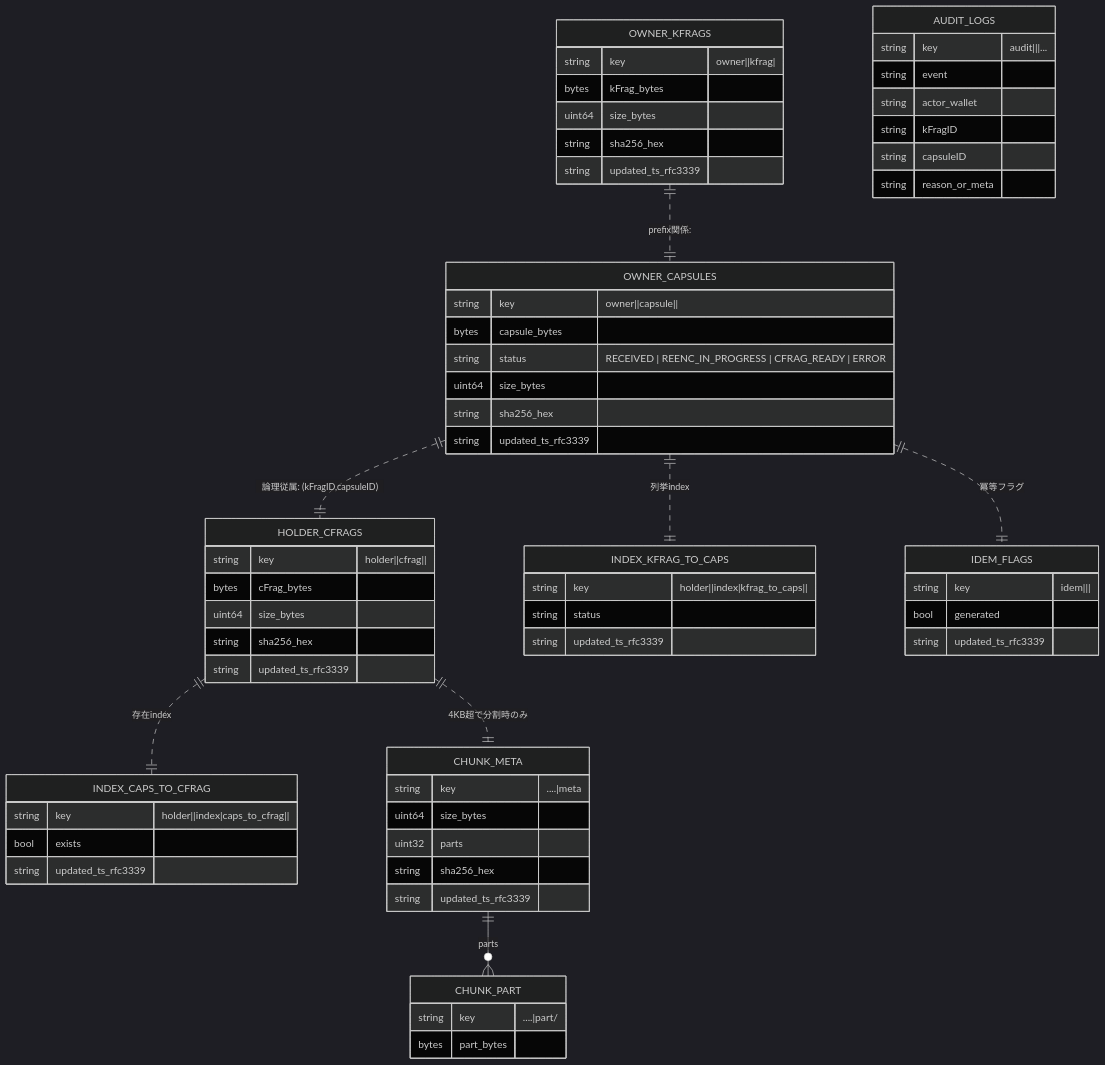
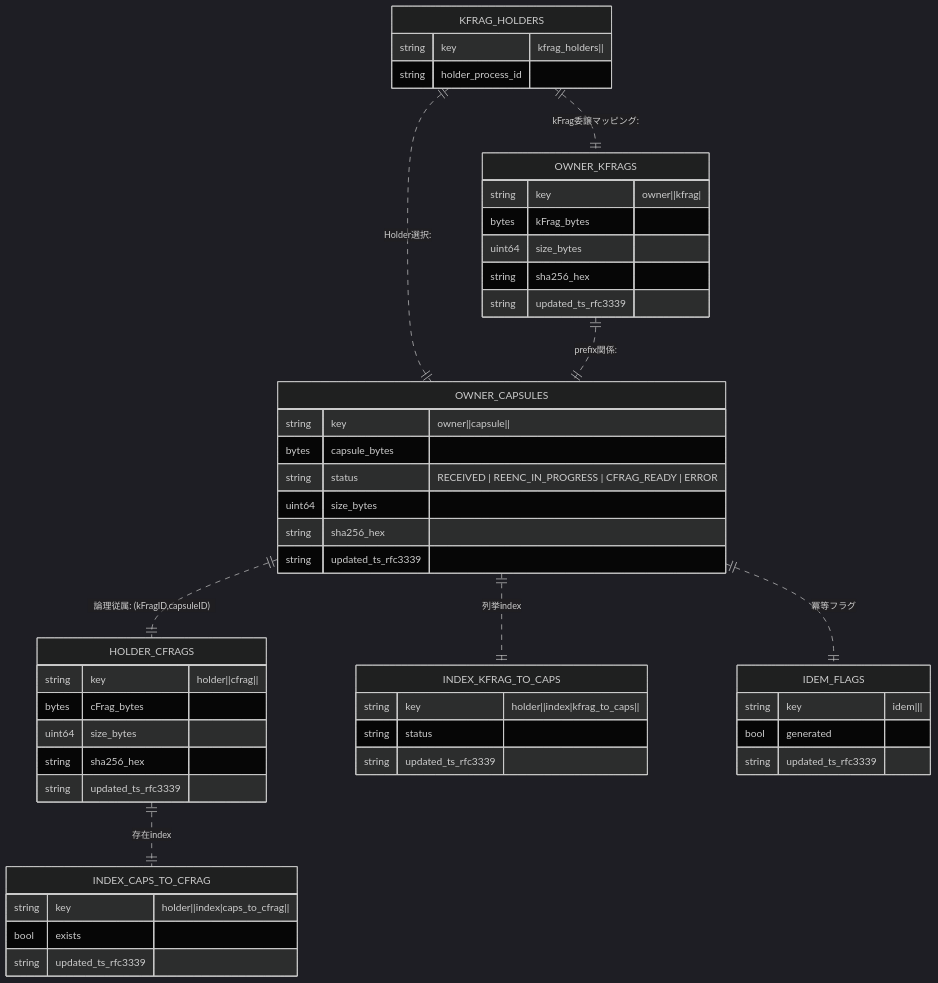
The first of 2 diagrams in deploy/contracts/docs/state/contract-state-spec.md (shodaimomiyama/D-TPRES), drawn with Mermaid (dark theme) before and after one commit. The commit also changed other lines of this file, not shown here.

````diff
--- a/deploy/contracts/docs/state/contract-state-spec.md
+++ b/deploy/contracts/docs/state/contract-state-spec.md
@@ -210,67 +331,52 @@
 ```mermaid
 erDiagram
+    KFRAG_HOLDERS {
+      string key "kfrag_holders|<process.id>|<kFragID>"
+      string holder_process_id
+    }
     OWNER_KFRAGS {
       string key "owner|<process.id>|kfrag|<kFragID>"
       bytes  kFrag_bytes
       uint64 size_bytes
       string sha256_hex
       string updated_ts_rfc3339
     }
     OWNER_CAPSULES {
       string key "owner|<process.id>|capsule|<kFragID>|<capsuleID>"
       bytes  capsule_bytes
       string status "RECEIVED | REENC_IN_PROGRESS | CFRAG_READY | ERROR"
       uint64 size_bytes
       string sha256_hex
       string updated_ts_rfc3339
     }
     HOLDER_CFRAGS {
       string key "holder|<process.id>|cfrag|<kFragID>|<capsuleID>"
       bytes  cFrag_bytes
       uint64 size_bytes
       string sha256_hex
       string updated_ts_rfc3339
     }
     INDEX_KFRAG_TO_CAPS {
       string key "holder|<process.id>|index|kfrag_to_caps|<kFragID>|<capsuleID>"
       string status
       string updated_ts_rfc3339
     }
     INDEX_CAPS_TO_CFRAG {
       string key "holder|<process.id>|index|caps_to_cfrag|<kFragID>|<capsuleID>"
       bool   exists
       string updated_ts_rfc3339
     }
     IDEM_FLAGS {
       string key "idem|<process.id>|<kFragID>|<capsuleID>"
       bool   generated
       string updated_ts_rfc3339
     }
-    AUDIT_LOGS {
-      string key "audit|<ext_ts>|<EVENT>|..."
-      string event
-      string actor_wallet
-      string kFragID
-      string capsuleID
-      string reason_or_meta
-    }
-    CHUNK_META {
-      string key "....|meta"
-      uint64 size_bytes
-      uint32 parts
-      string sha256_hex
-      string updated_ts_rfc3339
-    }
-    CHUNK_PART {
-      string key "....|part/<i>"
-      bytes  part_bytes
-    }
 
+    KFRAG_HOLDERS ||..|| OWNER_KFRAGS : "kFrag委譲マッピング: <kFragID>"
+    KFRAG_HOLDERS ||..|| OWNER_CAPSULES : "Holder選択: <kFragID>"
     OWNER_KFRAGS ||..|| OWNER_CAPSULES : "prefix関係: <kFragID>"
     OWNER_CAPSULES ||..|| HOLDER_CFRAGS : "論理従属: (kFragID,capsuleID)"
     OWNER_CAPSULES ||..|| INDEX_KFRAG_TO_CAPS : "列挙index"
     HOLDER_CFRAGS ||..|| INDEX_CAPS_TO_CFRAG : "存在index"
     OWNER_CAPSULES ||..|| IDEM_FLAGS : "冪等フラグ"
-    HOLDER_CFRAGS ||..|| CHUNK_META : "4KB超で分割時のみ"
-    CHUNK_META ||--o{ CHUNK_PART : "parts"
 ```
````
